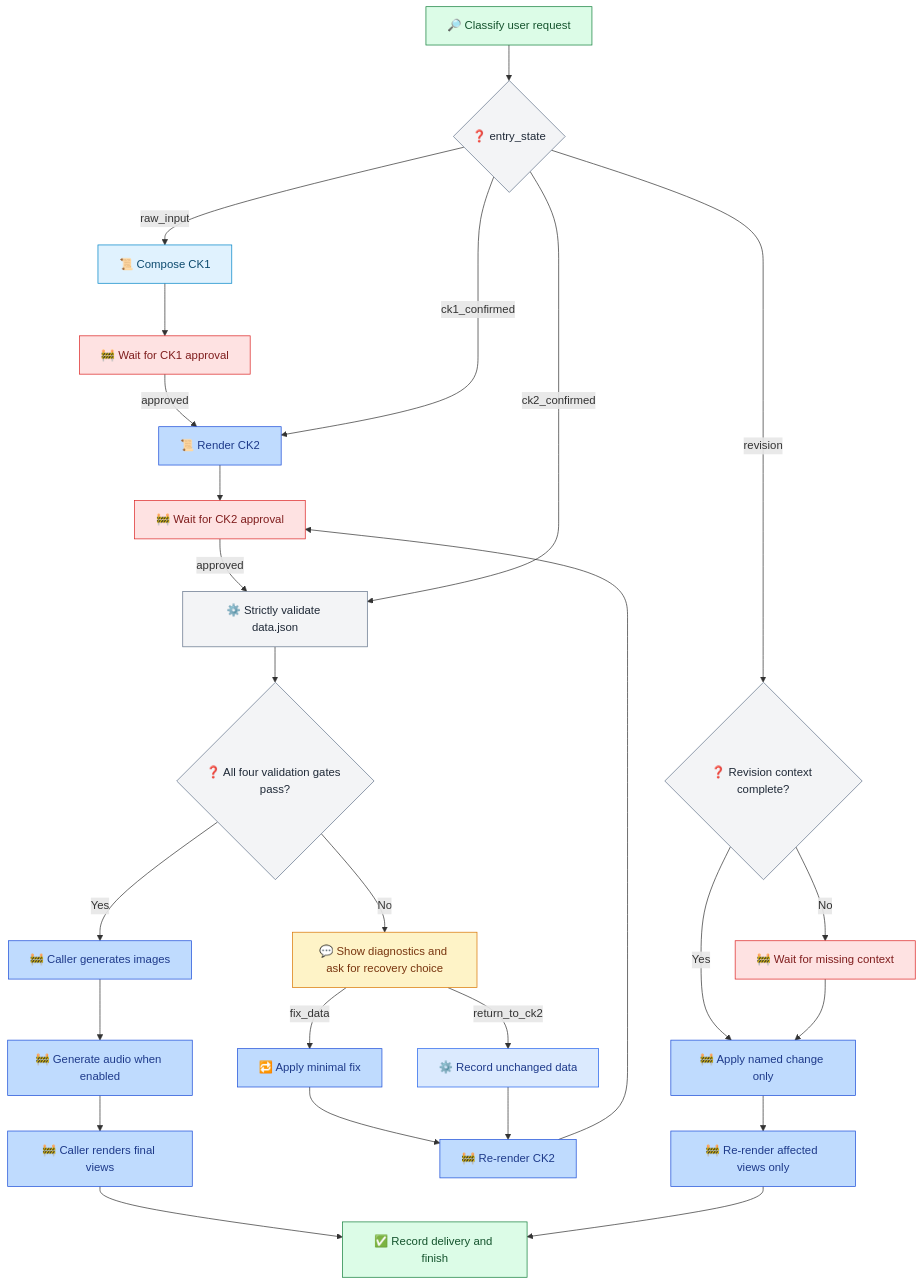
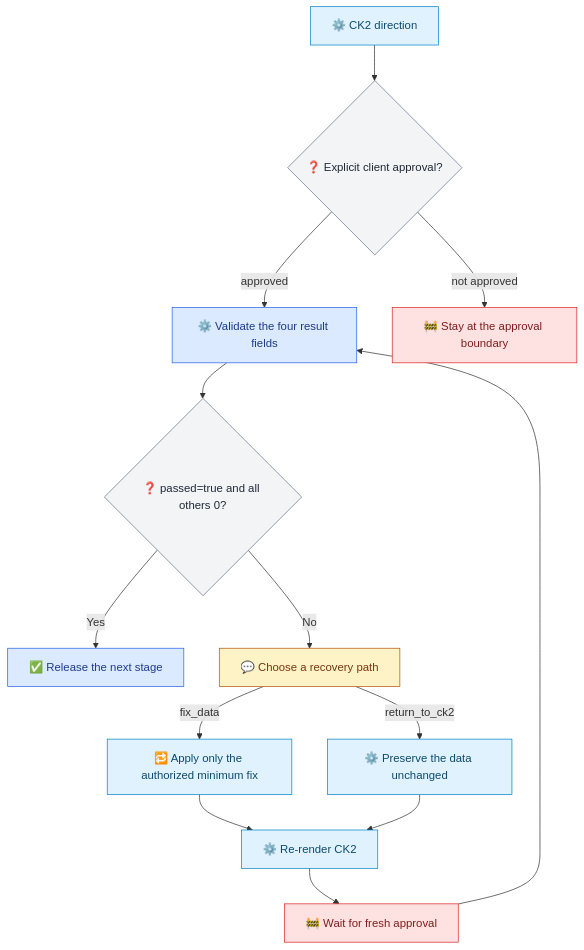
The third of 3 diagrams in docs/en/articles/skill-unchanged-rules-gated.md (waynebaby/Techne-Loom), drawn with Mermaid before and after one commit. The commit also changed other lines of this file and 6 other files, not shown here.

````diff
--- a/docs/en/articles/skill-unchanged-rules-gated.md
+++ b/docs/en/articles/skill-unchanged-rules-gated.md
@@ -175,46 +118,26 @@
 ```mermaid
 flowchart TD
-    A["🔎 Classify user request"] --> B{"❓ entry_state"}
-    B -->|raw_input| C["📜 Compose CK1"]
-    C --> W1["🚧 Wait for CK1 approval"]
-    W1 -->|approved| D["📜 Render CK2"]
-    B -->|ck1_confirmed| D
-    D --> W2["🚧 Wait for CK2 approval"]
-    W2 -->|approved| V["⚙️ Strictly validate data.json"]
-    B -->|ck2_confirmed| V
-    V --> E{"❓ All four validation gates pass?"}
-    E -->|Yes| I["🚧 Caller generates images"]
-    I --> AU["🚧 Generate audio when enabled"]
-    AU --> F["🚧 Caller renders final views"]
-    F --> DONE["✅ Record delivery and finish"]
-    E -->|No| Q["💬 Show diagnostics and ask for recovery choice"]
-    Q -->|fix_data| FIX["🔁 Apply minimal fix"]
-    Q -->|return_to_ck2| UNCHANGED["⚙️ Record unchanged data"]
-    FIX --> RENDER["🚧 Re-render CK2"]
-    UNCHANGED --> RENDER
-    RENDER --> W2
-    B -->|revision| REV{"❓ Revision context complete?"}
-    REV -->|Yes| APPLY["🚧 Apply named change only"]
-    REV -->|No| WAIT["🚧 Wait for missing context"]
-    WAIT --> APPLY
-    APPLY --> VIEW["🚧 Re-render affected views only"]
-    VIEW --> DONE
-
-    classDef userChoice fill:#FEF3C7,stroke:#D97706,color:#78350F
+    A["⚙️ CK2 direction"] --> B{"❓ Explicit client approval?"}
+    B -->|approved| C["⚙️ Validate the four result fields"]
+    B -->|not approved| W["🚧 Stay at the approval boundary"]
+    C --> D{"❓ passed=true and all others 0?"}
+    D -->|Yes| E["✅ Release the next stage"]
+    D -->|No| F["💬 Choose a recovery path"]
+    F -->|fix_data| G["🔁 Apply only the authorized minimum fix"]
+    F -->|return_to_ck2| H["⚙️ Preserve the data unchanged"]
+    G --> I["⚙️ Re-render CK2"]
+    H --> I
+    I --> J["🚧 Wait for fresh approval"]
+    J --> C
+    classDef user fill:#FEF3C7,stroke:#B45309,color:#78350F
     classDef contract fill:#E0F2FE,stroke:#0284C7,color:#0C4A6E
-    classDef model fill:#DCFCE7,stroke:#15803D,color:#14532D
+    classDef runtime fill:#DBEAFE,stroke:#2563EB,color:#1E3A8A
+    classDef blocked fill:#FEE2E2,stroke:#DC2626,color:#7F1D1D
     classDef decision fill:#F3F4F6,stroke:#64748B,color:#1F2937
-    classDef runtime fill:#DBEAFE,stroke:#2563EB,color:#1E3A8A
-    classDef tool fill:#BFDBFE,stroke:#1D4ED8,color:#1E3A8A
-    classDef blocked fill:#FEE2E2,stroke:#DC2626,color:#7F1D1D
-    classDef completed fill:#DCFCE7,stroke:#15803D,color:#14532D
-    class A model
-    class B,E,REV decision
-    class C contract
-    class D,I,AU,F,FIX,RENDER,APPLY,VIEW tool
-    class W1,W2,WAIT blocked
-    class V decision
-    class Q userChoice
-    class UNCHANGED runtime
-    class DONE completed
+    classDef done fill:#DCFCE7,stroke:#15803D,color:#14532D
+    class A,G,H,I contract
+    class B,D decision
+    class C,E runtime
+    class F user
+    class W,J blocked
 ```
````
